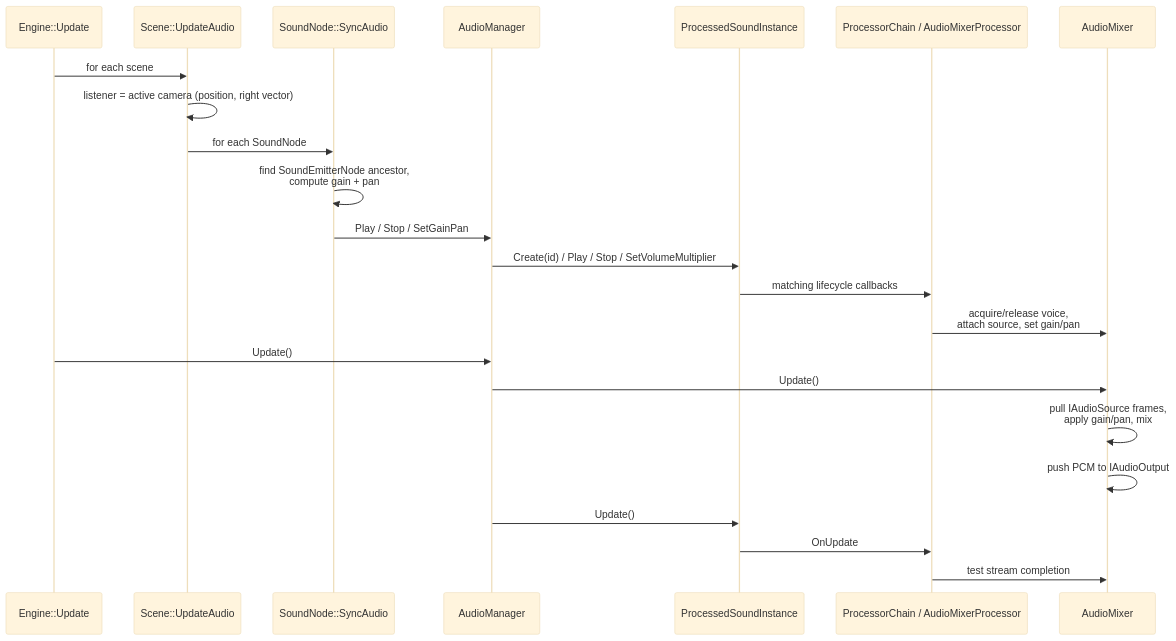
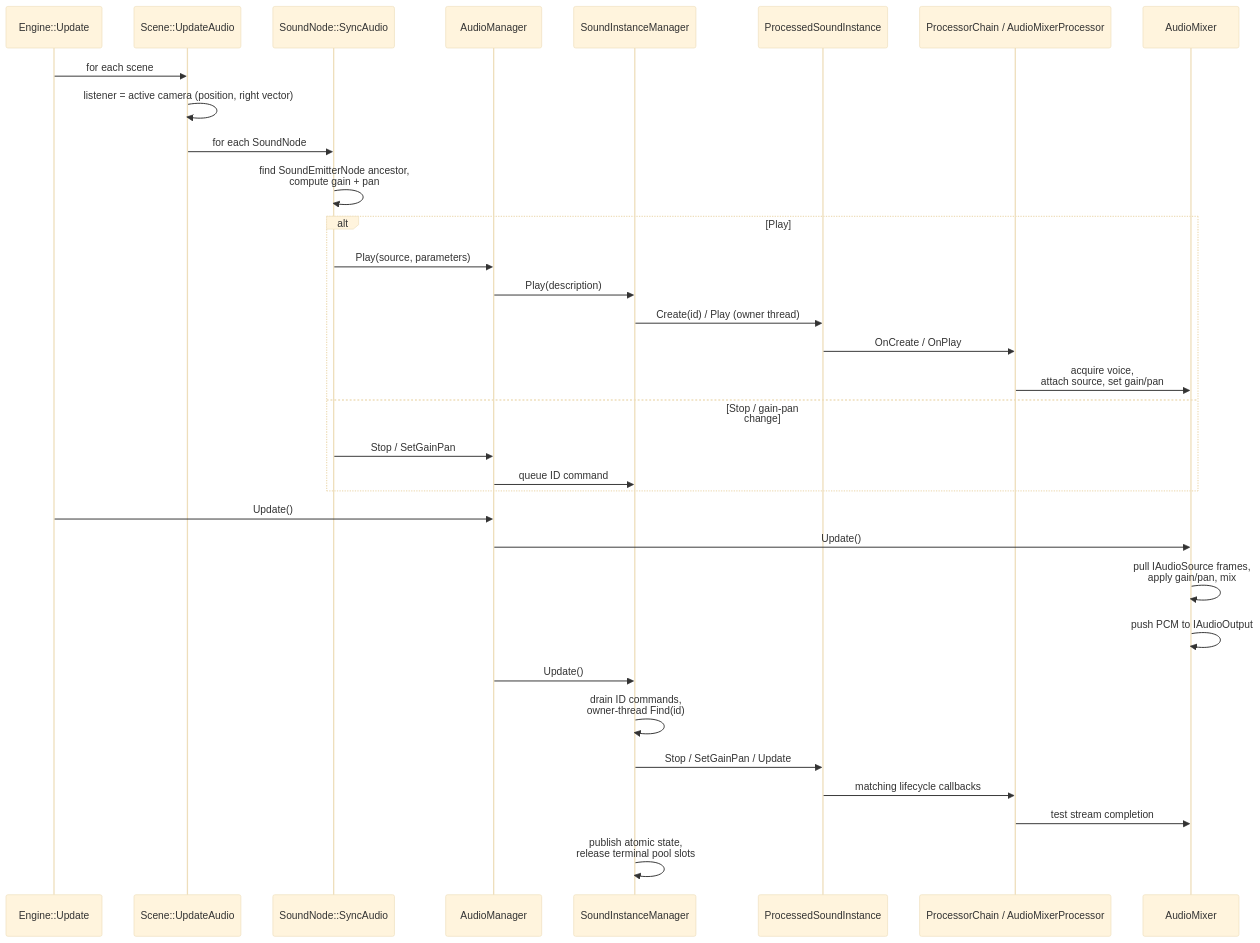
One commit to deveses/forg changed the third of 3 diagrams in docs/audio_architecture.md. Above: the diagram before and after it, drawn with Mermaid (base theme). The commit also changed other lines of this file and 8 other files, not shown here.

Commit message:
move to instance manager

````diff
--- a/docs/audio_architecture.md
+++ b/docs/audio_architecture.md
@@ -107,26 +169,36 @@
 ```mermaid
 sequenceDiagram
     participant E as Engine::Update
     participant S as Scene::UpdateAudio
     participant N as SoundNode::SyncAudio
     participant M as AudioManager
+    participant SM as SoundInstanceManager
     participant I as ProcessedSoundInstance
     participant P as ProcessorChain / AudioMixerProcessor
     participant X as AudioMixer
 
     E->>S: for each scene
     S->>S: listener = active camera (position, right vector)
     S->>N: for each SoundNode
     N->>N: find SoundEmitterNode ancestor,<br/>compute gain + pan
-    N->>M: Play / Stop / SetGainPan
-    M->>I: Create(id) / Play / Stop / SetVolumeMultiplier
-    I->>P: matching lifecycle callbacks
-    P->>X: acquire/release voice,<br/>attach source, set gain/pan
+    alt Play
+        N->>M: Play(source, parameters)
+        M->>SM: Play(description)
+        SM->>I: Create(id) / Play (owner thread)
+        I->>P: OnCreate / OnPlay
+        P->>X: acquire voice,<br/>attach source, set gain/pan
+    else Stop / gain-pan change
+        N->>M: Stop / SetGainPan
+        M->>SM: queue ID command
+    end
     E->>M: Update()
     M->>X: Update()
     X->>X: pull IAudioSource frames,<br/>apply gain/pan, mix
     X->>X: push PCM to IAudioOutput
-    M->>I: Update()
-    I->>P: OnUpdate
+    M->>SM: Update()
+    SM->>SM: drain ID commands,<br/>owner-thread Find(id)
+    SM->>I: Stop / SetGainPan / Update
+    I->>P: matching lifecycle callbacks
     P->>X: test stream completion
+    SM->>SM: publish atomic state,<br/>release terminal pool slots
 ```
````
